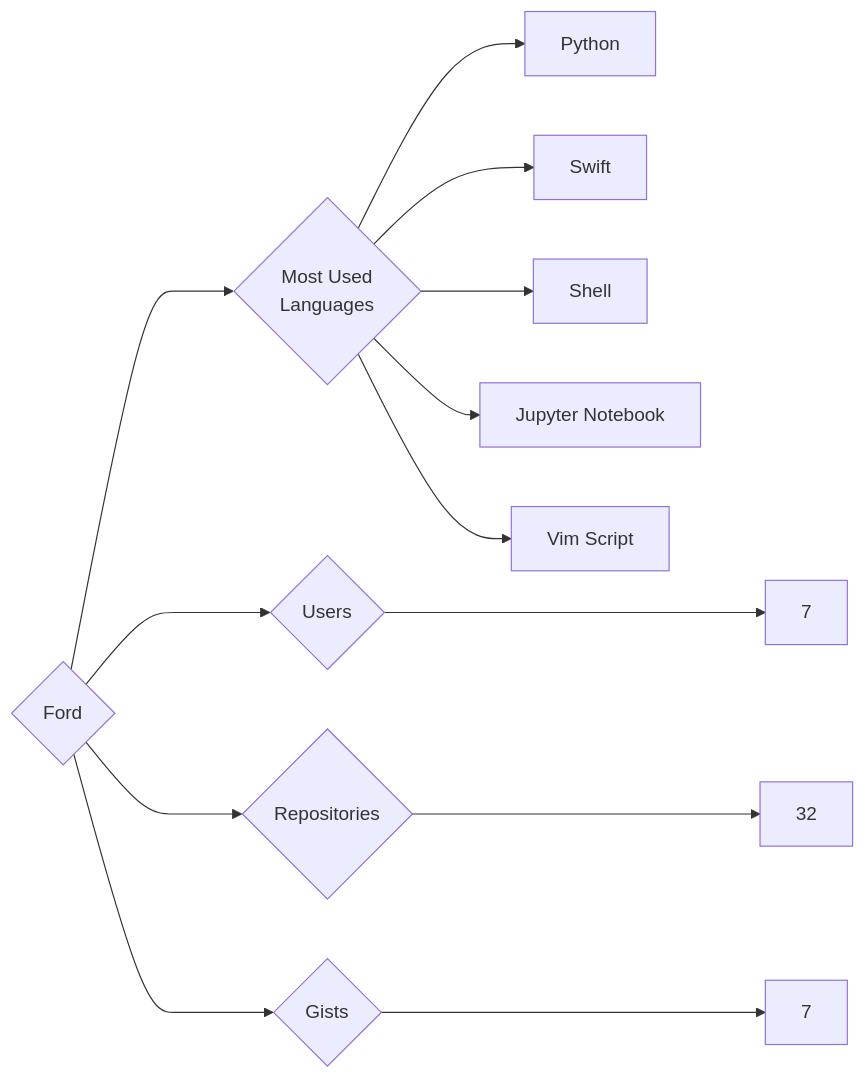
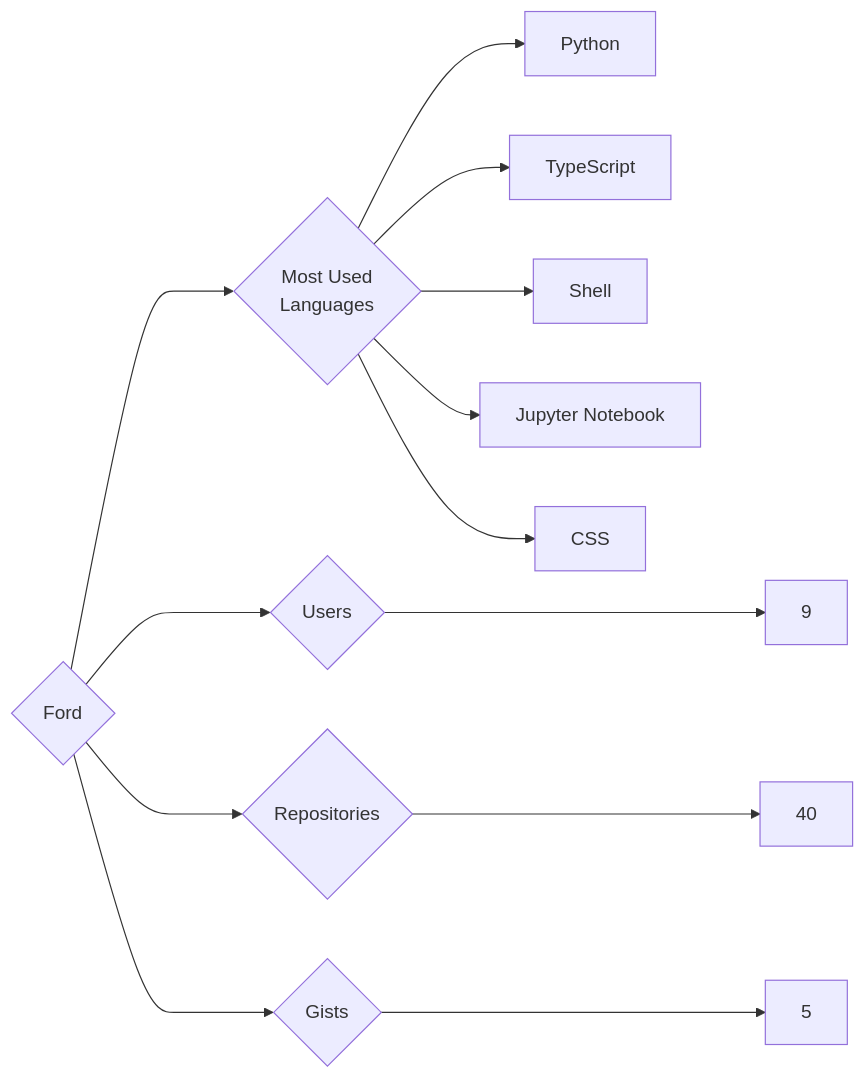
Before and after one commit to trickest/insiders: the diagram in targets/Ford/README.md, drawn with Mermaid. The commit also changed 1030 other files, not shown here.

````diff
--- a/targets/Ford/README.md
+++ b/targets/Ford/README.md
@@ -3,13 +3,13 @@
 ```mermaid
 graph LR
 COMPANY_NAME{Ford}
-COMPANY_NAME ---> U{Users} ---> UN[7]
-COMPANY_NAME ---> R{Repositories} ---> RN[32]
-COMPANY_NAME ---> G{Gists} ---> GN[7]
+COMPANY_NAME ---> U{Users} ---> UN[9]
+COMPANY_NAME ---> R{Repositories} ---> RN[40]
+COMPANY_NAME ---> G{Gists} ---> GN[5]
 COMPANY_NAME ---> ML{Most Used<br>Languages}
 ML --> Python[Python]
-ML --> Swift[Swift]
+ML --> TypeScript[TypeScript]
 ML --> Shell[Shell]
 ML --> Jupyter_Notebook[Jupyter Notebook]
-ML --> Vim_Script[Vim Script]
+ML --> CSS[CSS]
 ```
````
